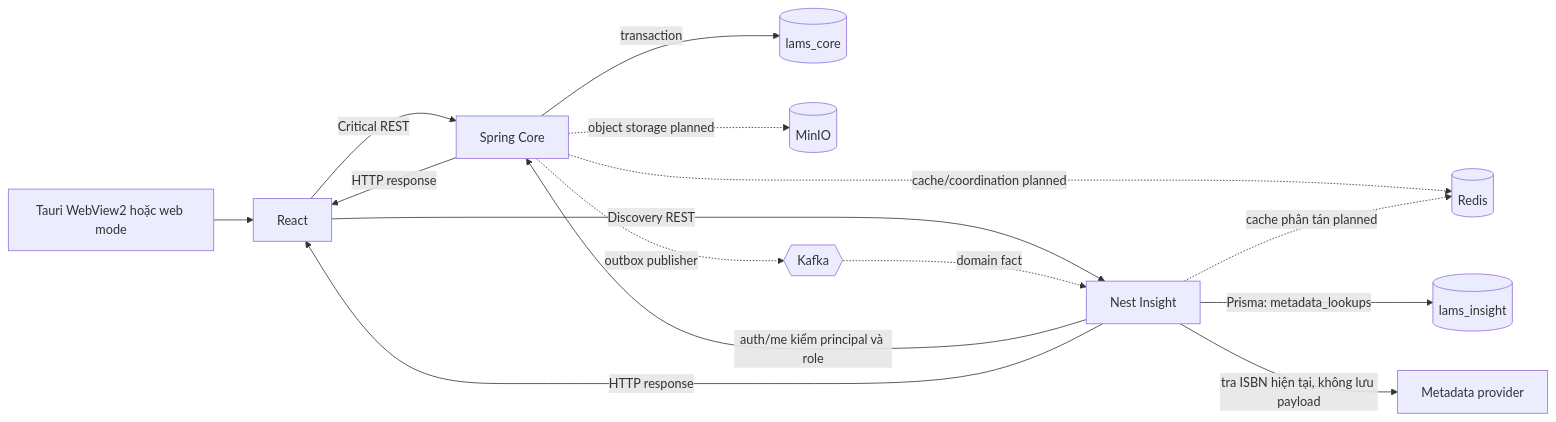
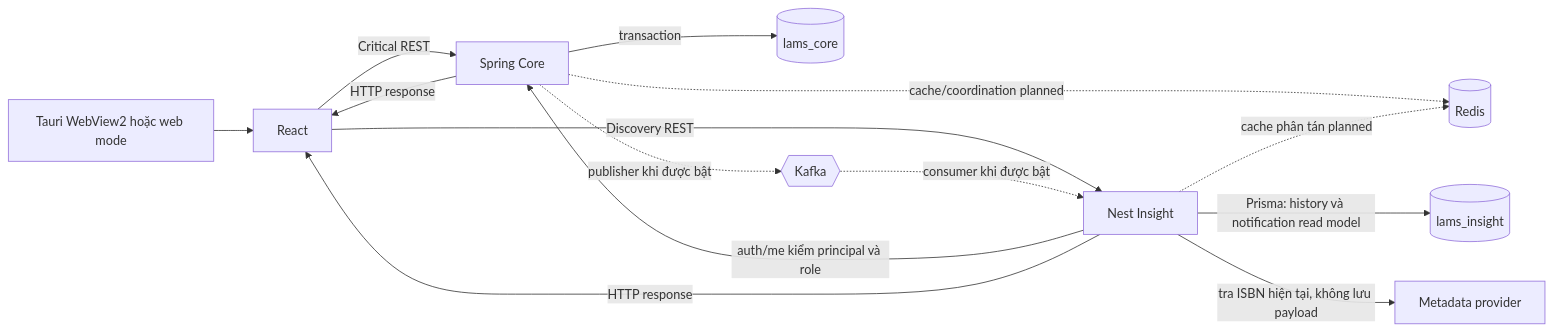
The first of 2 diagrams in tai-lieu/08-van-hanh/system-flow.md (Shuuma4869/He-thong-quan-ly-va-khai-thac-thu-vien), drawn with Mermaid before and after one commit. The commit also changed other lines of this file and 1 other file, not shown here.

````diff
--- a/tai-lieu/08-van-hanh/system-flow.md
+++ b/tai-lieu/08-van-hanh/system-flow.md
@@ -7,17 +7,16 @@
 ```mermaid
 flowchart LR
   B[Tauri WebView2 hoặc web mode] --> R[React]
   R -->|Critical REST| S[Spring Core]
   R -->|Discovery REST| N[Nest Insight]
   S -->|transaction| CDB[(lams_core)]
-  N -->|Prisma: metadata_lookups| IDB[(lams_insight)]
+  N -->|Prisma: history và notification read model| IDB[(lams_insight)]
   N -->|auth/me kiểm principal và role| S
   N -->|tra ISBN hiện tại, không lưu payload| MP[Metadata provider]
   S -.cache/coordination planned.-> RC[(Redis)]
   N -.cache phân tán planned.-> RC
-  S -.object storage planned.-> OS[(MinIO)]
-  S -.outbox publisher.-> K{{Kafka}}
-  K -.domain fact.-> N
+  S -.publisher khi được bật.-> K{{Kafka}}
+  K -.consumer khi được bật.-> N
   S -->|HTTP response| R
   N -->|HTTP response| R
 ```
````
